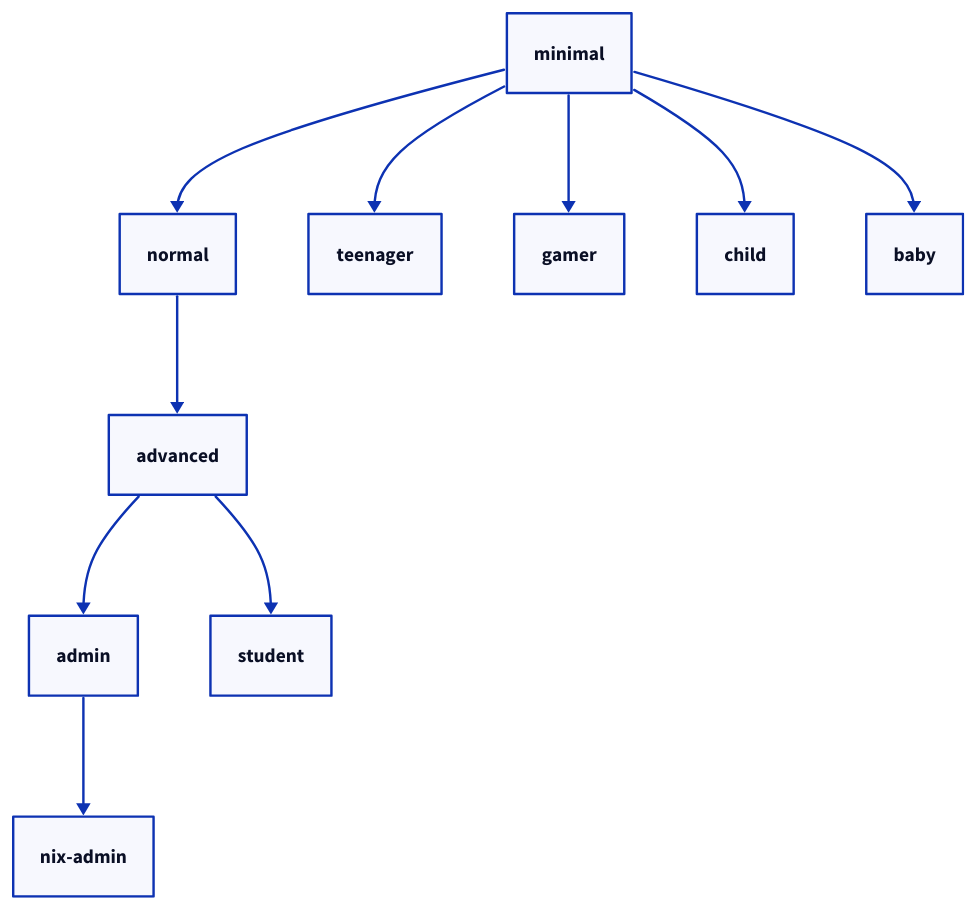
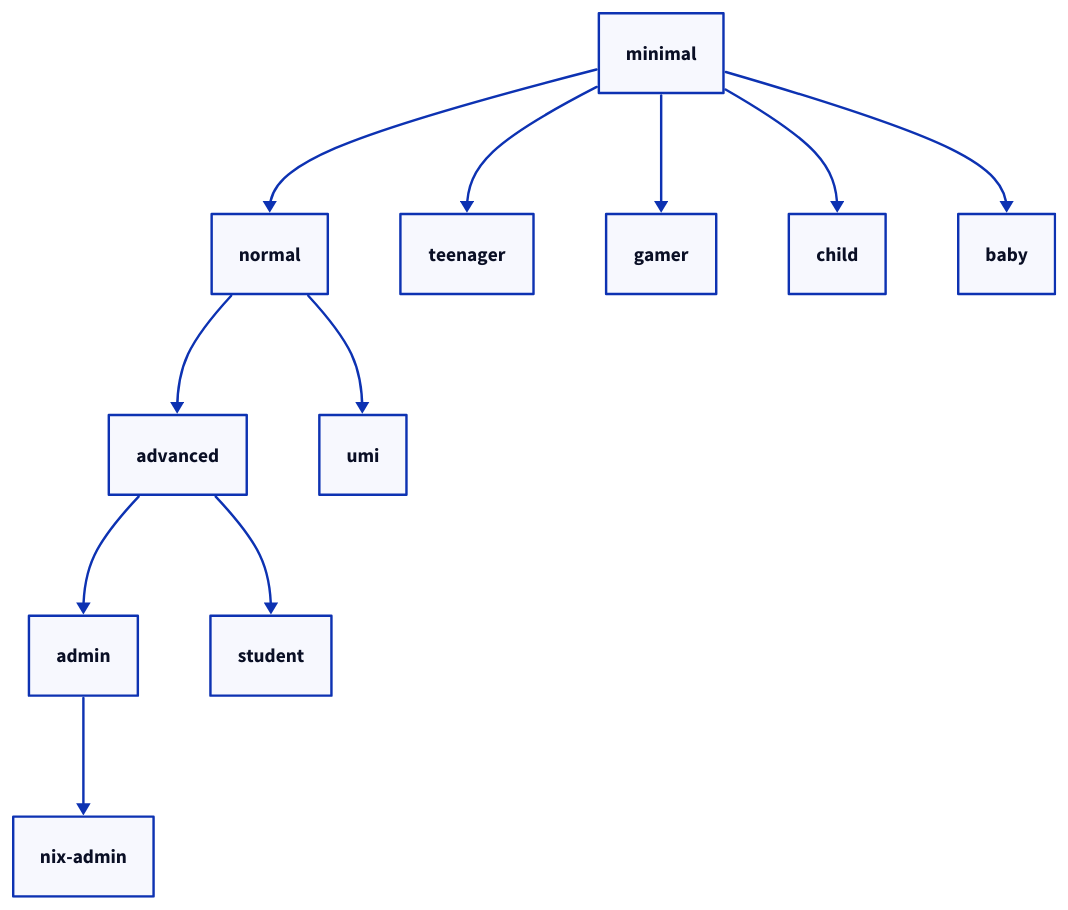
The diagram in src/content/docs/fr/doc/admin-guide/understand/user-profiles.mdx (darkone-linux/dnf-doc), drawn with D2 before and after one commit. The commit also changed other lines of this file and 3 other files, not shown here.

````diff
--- a/src/content/docs/fr/doc/admin-guide/understand/user-profiles.mdx
+++ b/src/content/docs/fr/doc/admin-guide/understand/user-profiles.mdx
@@ -20,25 +20,27 @@
 ```d2
 style.fill: transparent
 direction: down
 
 minimal: minimal
 normal: normal
 advanced: advanced
 admin: admin
 nixadmin: nix-admin
 student: student
 teenager: teenager
 gamer: gamer
 child: child
 baby: baby
+umi: umi
 
 minimal -> normal
 minimal -> teenager
 minimal -> gamer
 minimal -> child
 minimal -> baby
 normal -> advanced
+normal -> umi
 advanced -> admin
 advanced -> student
 admin -> nixadmin
 ```
````
